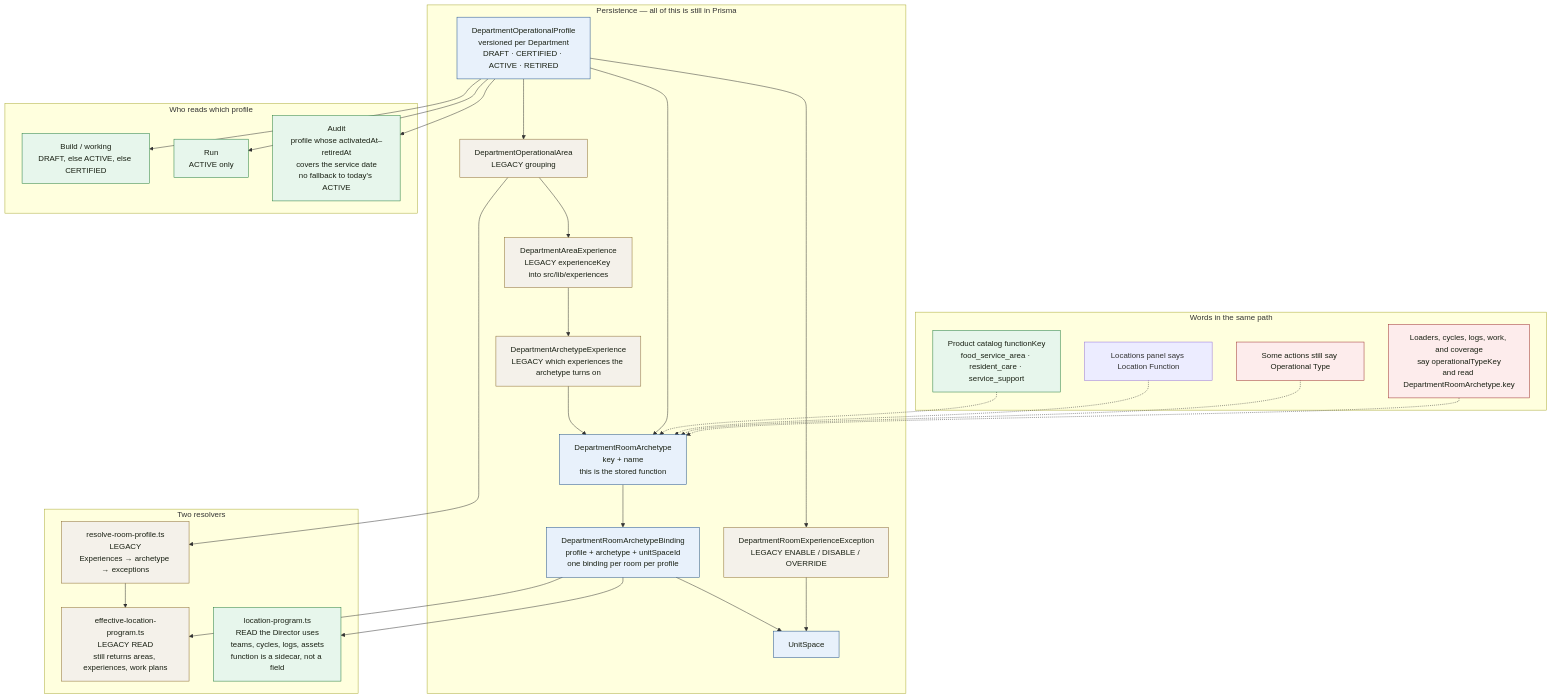
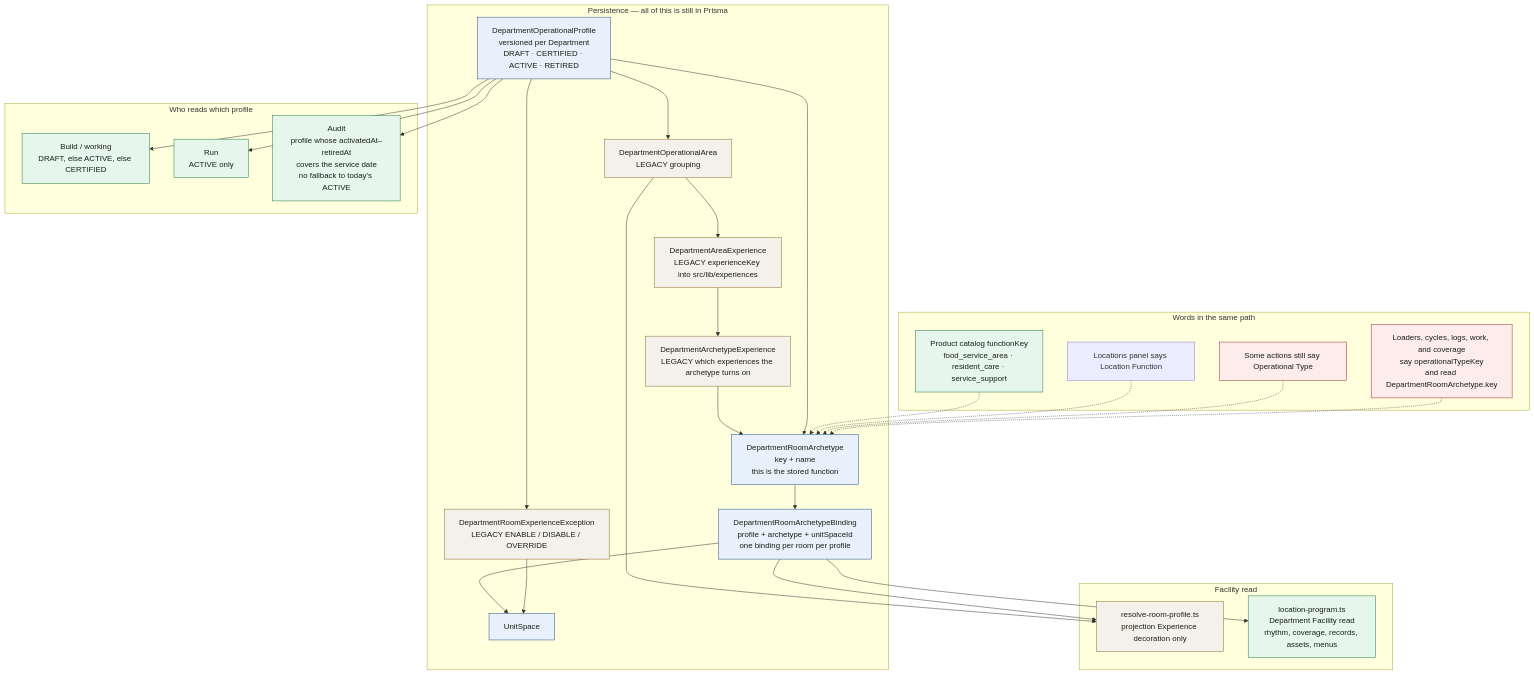
The first of 2 diagrams in docs/department-administration/visual-audit/04_LOCATION_FUNCTION_CURRENT_VS_TARGET.md (ADTrauts/LTC-Manager), drawn with Mermaid before and after one commit. The commit also changed 56 other files, not shown here.

Commit message:
Stop Department Facility from composing a room through a Location Function or Experience.

````diff
--- a/docs/department-administration/visual-audit/04_LOCATION_FUNCTION_CURRENT_VS_TARGET.md
+++ b/docs/department-administration/visual-audit/04_LOCATION_FUNCTION_CURRENT_VS_TARGET.md
@@ -9,58 +9,57 @@
 ```mermaid
 flowchart TB
   subgraph persist ["Persistence — all of this is still in Prisma"]
     PROF["DepartmentOperationalProfile<br/>versioned per Department<br/>DRAFT · CERTIFIED · ACTIVE · RETIRED"]
     AREA["DepartmentOperationalArea<br/>LEGACY grouping"]
     AEXP["DepartmentAreaExperience<br/>LEGACY experienceKey into src/lib/experiences"]
     ARCH["DepartmentRoomArchetype<br/>key + name<br/>this is the stored function"]
     AEX["DepartmentArchetypeExperience<br/>LEGACY which experiences the archetype turns on"]
     BIND["DepartmentRoomArchetypeBinding<br/>profile + archetype + unitSpaceId<br/>one binding per room per profile"]
     RX["DepartmentRoomExperienceException<br/>LEGACY ENABLE / DISABLE / OVERRIDE"]
     ROOM["UnitSpace"]
   end
 
   PROF --> AREA --> AEXP --> AEX --> ARCH
   PROF --> ARCH --> BIND --> ROOM
   PROF --> RX --> ROOM
 
   subgraph words ["Words in the same path"]
     UI["Locations panel says Location Function"]
     ACT["Some actions still say Operational Type"]
     CODE["Loaders, cycles, logs, work, and coverage<br/>say operationalTypeKey<br/>and read DepartmentRoomArchetype.key"]
     CAT["Product catalog functionKey<br/>food_service_area · resident_care · service_support"]
   end
 
   CAT -.-> ARCH
   UI -.-> ARCH
   ACT -.-> ARCH
   CODE -.-> ARCH
 
   subgraph use ["Who reads which profile"]
     BUILD["Build / working<br/>DRAFT, else ACTIVE, else CERTIFIED"]
     RUN["Run<br/>ACTIVE only"]
     AUD["Audit<br/>profile whose activatedAt–retiredAt<br/>covers the service date<br/>no fallback to today's ACTIVE"]
   end
 
   PROF --> BUILD
   PROF --> RUN
   PROF --> AUD
 
-  subgraph resolvers ["Two resolvers"]
-    OLD["resolve-room-profile.ts<br/>LEGACY<br/>Experiences → archetype → exceptions"]
-    ELP["effective-location-program.ts<br/>LEGACY READ<br/>still returns areas, experiences, work plans"]
-    LP["location-program.ts<br/>READ the Director uses<br/>teams, cycles, logs, assets<br/>function is a sidecar, not a field"]
+  subgraph resolvers ["Facility read"]
+    OLD["resolve-room-profile.ts<br/>projection Experience decoration only"]
+    LP["location-program.ts<br/>Department Facility read<br/>rhythm, coverage, records, assets, menus"]
   end
 
-  AREA --> OLD --> ELP
-  BIND --> ELP
+  AREA --> OLD
+  BIND --> OLD
   BIND --> LP
 
   classDef legacy fill:#f4f1ea,stroke:#8a6a2f,color:#1a2114
   classDef persist fill:#e8f1fb,stroke:#1d4e89,color:#1a2114
   classDef canon fill:#e7f6ec,stroke:#1f7a3a,color:#1a2114
   classDef dup fill:#fdecec,stroke:#9b2c2c,color:#1a2114
-  class AREA,AEXP,AEX,RX,OLD,ELP legacy
+  class AREA,AEXP,AEX,RX,OLD legacy
   class PROF,ARCH,BIND,ROOM persist
   class CAT,BUILD,RUN,AUD,LP canon
   class ACT,CODE dup
 ```
````
